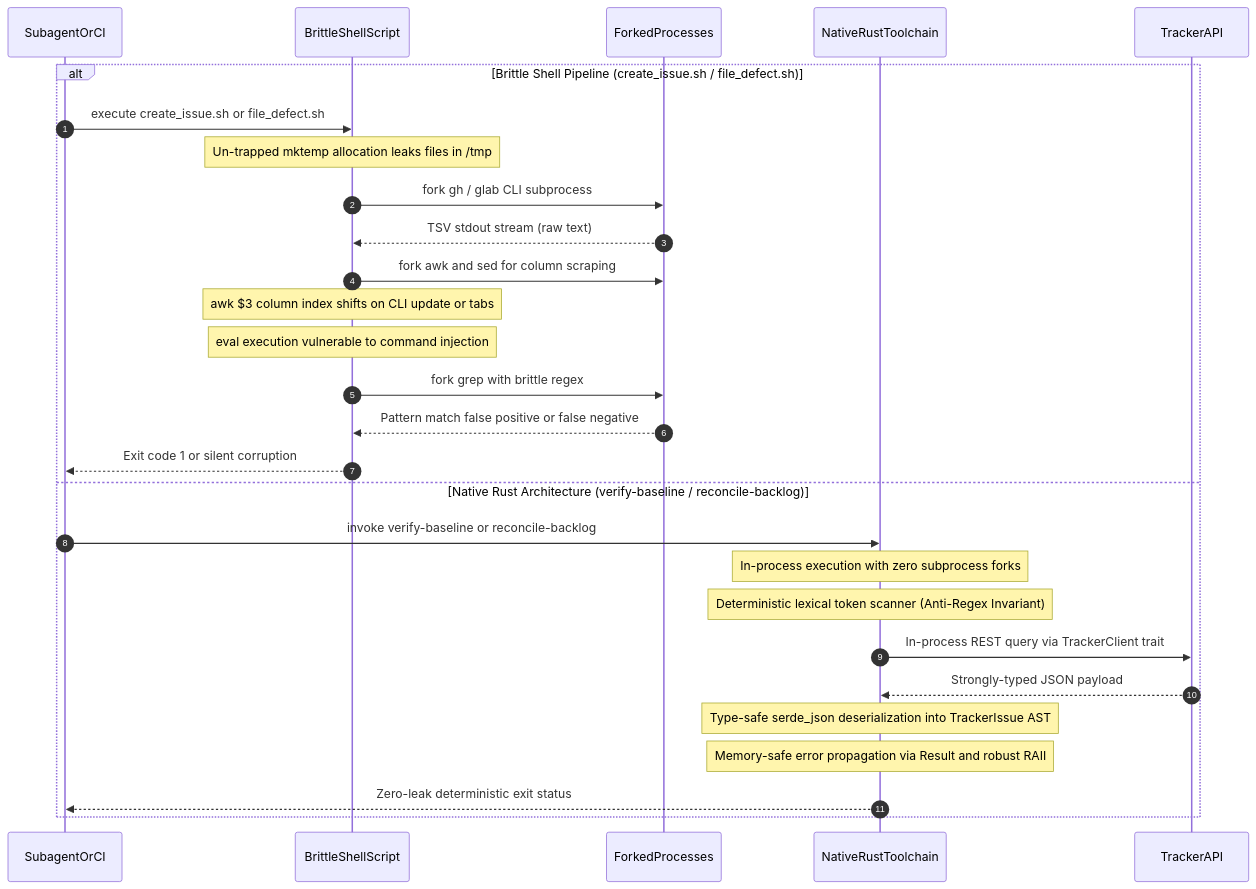
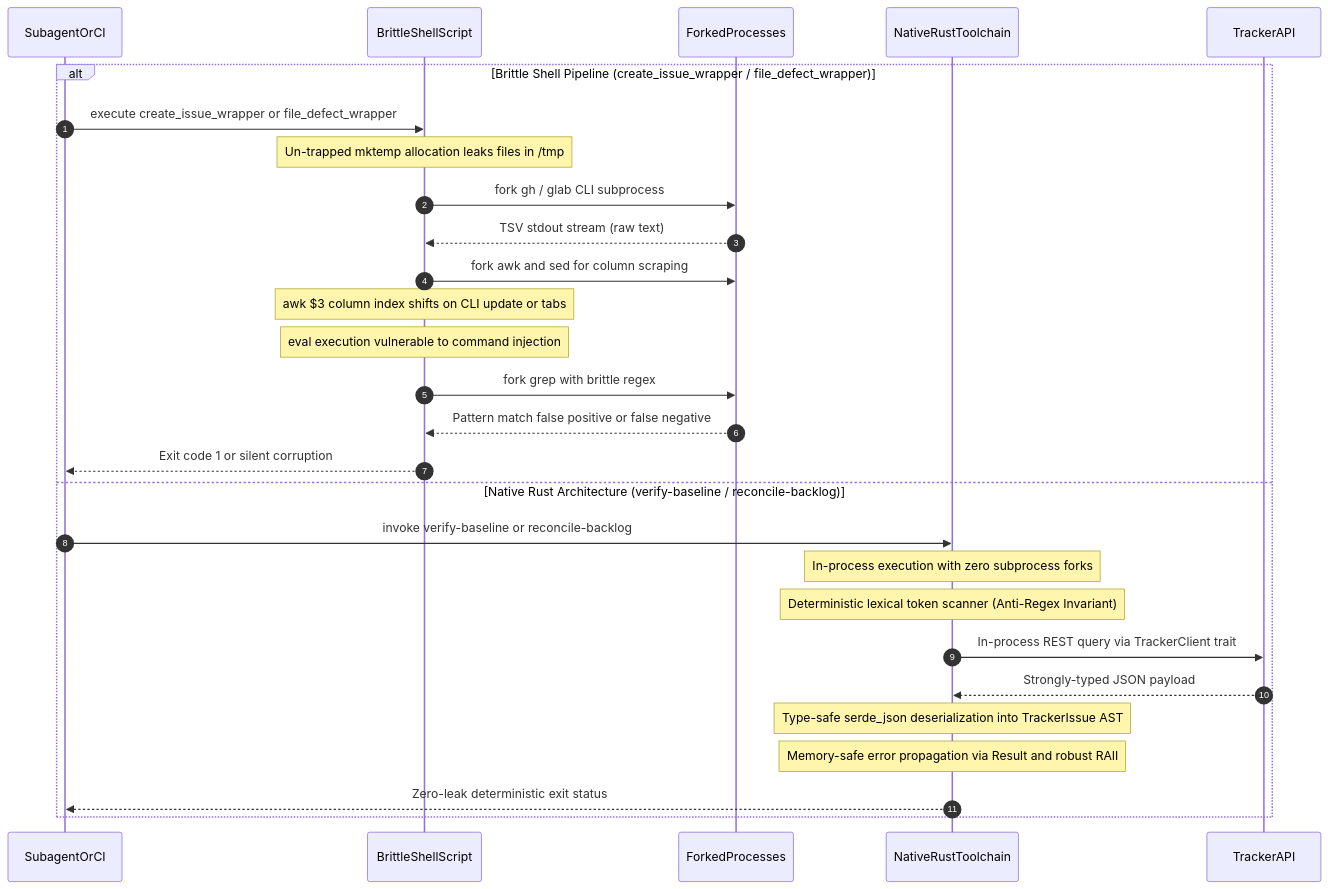
Diagram 17 of 20 in docs/reports/MERMAID_RENDERING_VERIFICATION.md (gintatkinson/dumpiler-01), drawn with Mermaid before and after one commit. The commit also changed other lines of this file and 218 other files, not shown here.

````diff
--- a/docs/reports/MERMAID_RENDERING_VERIFICATION.md
+++ b/docs/reports/MERMAID_RENDERING_VERIFICATION.md
@@ -729,31 +731,31 @@
 ```mermaid
 sequenceDiagram
     autonumber
     participant Caller as SubagentOrCI
     participant Shell as BrittleShellScript
     participant Subproc as ForkedProcesses
     participant Rust as NativeRustToolchain
     participant Tracker as TrackerAPI
 
-    alt Brittle Shell Pipeline (create_issue.sh / file_defect.sh)
-        Caller->>Shell: execute create_issue.sh or file_defect.sh
+    alt Brittle Shell Pipeline (create_issue_wrapper / file_defect_wrapper)
+        Caller->>Shell: execute create_issue_wrapper or file_defect_wrapper
         Note over Shell: Un-trapped mktemp allocation leaks files in /tmp
         Shell->>Subproc: fork gh / glab CLI subprocess
         Subproc-->>Shell: TSV stdout stream (raw text)
         Shell->>Subproc: fork awk and sed for column scraping
         Note over Shell: awk $3 column index shifts on CLI update or tabs
         Note over Shell: eval execution vulnerable to command injection
         Shell->>Subproc: fork grep with brittle regex
         Subproc-->>Shell: Pattern match false positive or false negative
         Shell-->>Caller: Exit code 1 or silent corruption
     else Native Rust Architecture (verify-baseline / reconcile-backlog)
         Caller->>Rust: invoke verify-baseline or reconcile-backlog
         Note over Rust: In-process execution with zero subprocess forks
         Note over Rust: Deterministic lexical token scanner (Anti-Regex Invariant)
         Rust->>Tracker: In-process REST query via TrackerClient trait
         Tracker-->>Rust: Strongly-typed JSON payload
         Note over Rust: Type-safe serde_json deserialization into TrackerIssue AST
         Note over Rust: Memory-safe error propagation via Result and robust RAII
         Rust-->>Caller: Zero-leak deterministic exit status
     end
 ```
````
